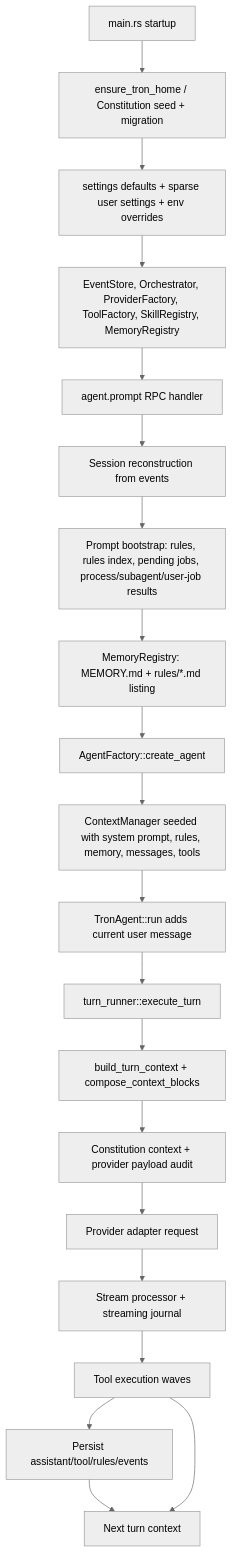
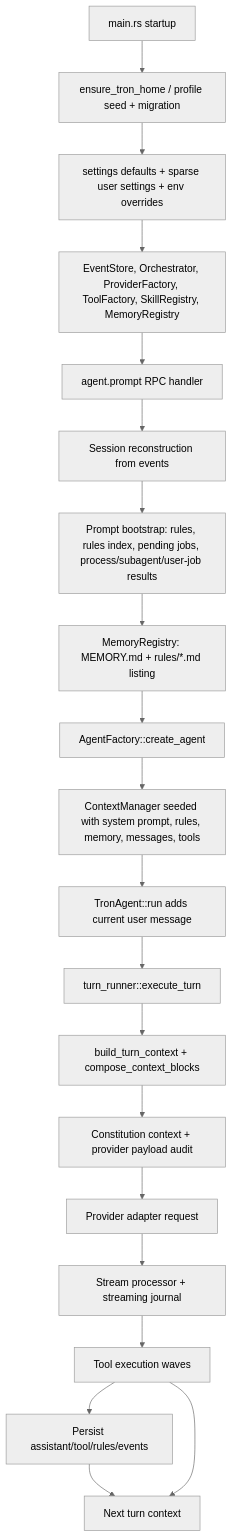
One commit to mhismail3/tron changed the diagram in packages/agent/docs/context-architecture.md. Above: the diagram before and after it, drawn with Mermaid (neutral theme). The commit also changed other lines of this file and 77 other files, not shown here.

````diff
--- a/packages/agent/docs/context-architecture.md
+++ b/packages/agent/docs/context-architecture.md
@@ -33,22 +34,22 @@
 ```mermaid
 flowchart TD
-    Start["main.rs startup"] --> Home["ensure_tron_home / Constitution seed + migration"]
+    Start["main.rs startup"] --> Home["ensure_tron_home / profile seed + migration"]
     Home --> Settings["settings defaults + sparse user settings + env overrides"]
     Settings --> Services["EventStore, Orchestrator, ProviderFactory, ToolFactory, SkillRegistry, MemoryRegistry"]
     Services --> RPC["agent.prompt RPC handler"]
     RPC --> Reconstruct["Session reconstruction from events"]
     Reconstruct --> Bootstrap["Prompt bootstrap: rules, rules index, pending jobs, process/subagent/user-job results"]
     Bootstrap --> Memory["MemoryRegistry: MEMORY.md + rules/*.md listing"]
     Memory --> AgentFactory["AgentFactory::create_agent"]
     AgentFactory --> ContextManager["ContextManager seeded with system prompt, rules, memory, messages, tools"]
     ContextManager --> UserMessage["TronAgent::run adds current user message"]
     UserMessage --> Turn["turn_runner::execute_turn"]
     Turn --> Compose["build_turn_context + compose_context_blocks"]
     Compose --> Audit["Constitution context + provider payload audit"]
     Audit --> Provider["Provider adapter request"]
     Provider --> Stream["Stream processor + streaming journal"]
     Stream --> Tools["Tool execution waves"]
     Tools --> Events["Persist assistant/tool/rules/events"]
     Events --> Next["Next turn context"]
     Tools --> Next
 ```
````
